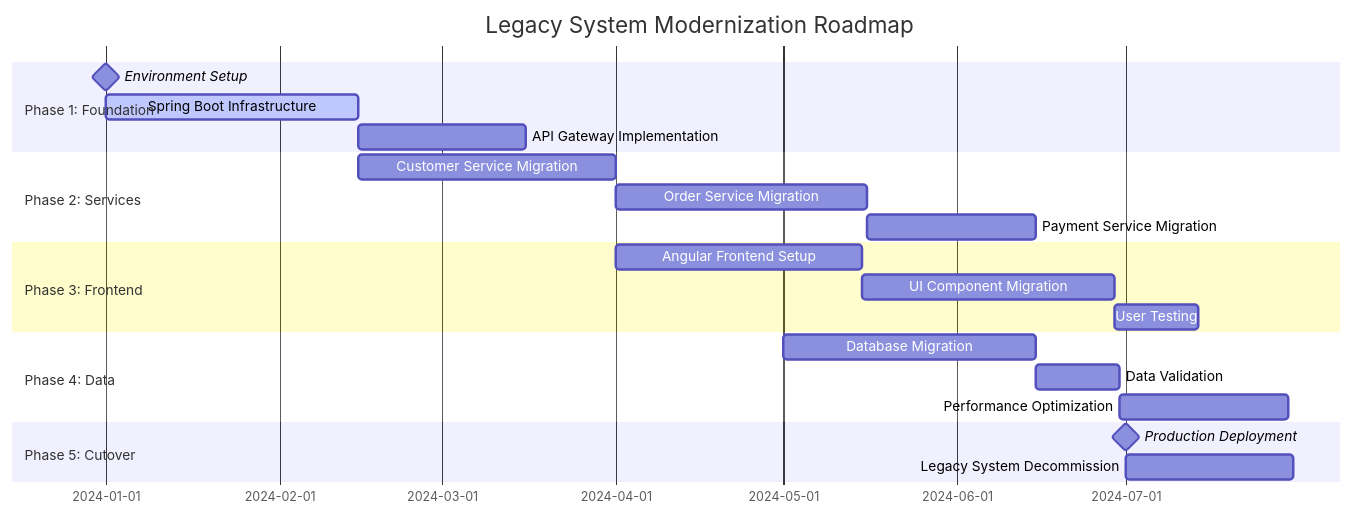
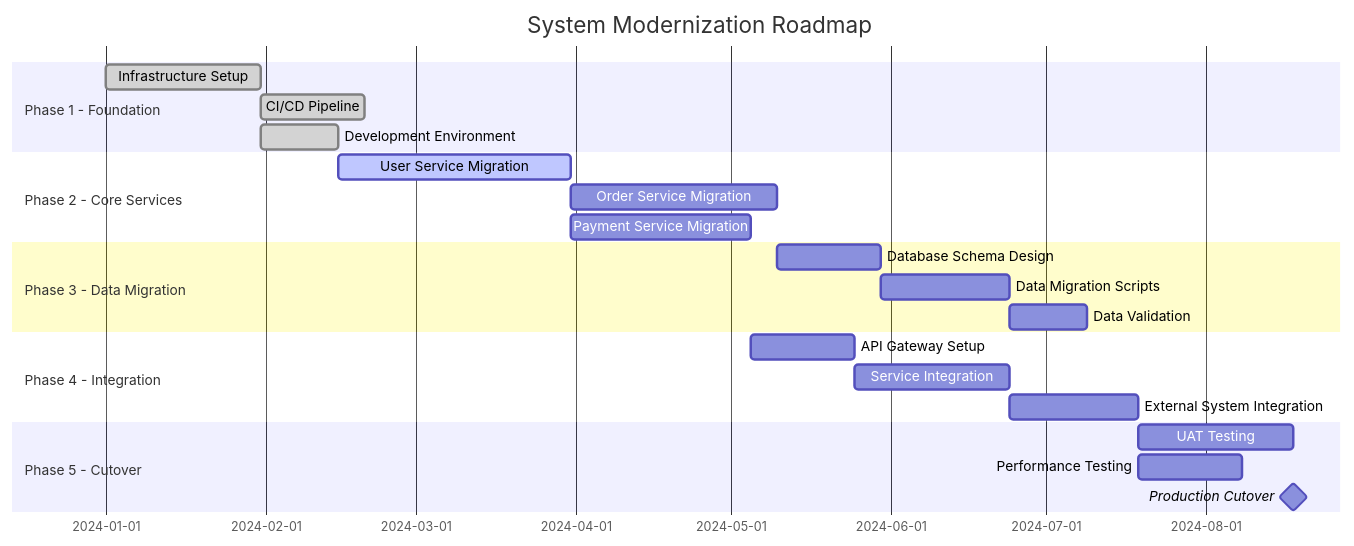
One commit to jpount/doc-diagram-gen changed the fourth of 4 diagrams in .claude/agents/diagram-architect.md. Above: the diagram before and after it, drawn with Mermaid. The commit also changed other lines of this file and 110 other files, not shown here.

````diff
--- a/.claude/agents/diagram-architect.md
+++ b/.claude/agents/diagram-architect.md
@@ -359,28 +266,32 @@
 ```mermaid
+%% Migration Roadmap
+%% Phased modernization timeline
 gantt
-    title Legacy System Modernization Roadmap
-    dateFormat  YYYY-MM-DD
-    section Phase 1: Foundation
-    Environment Setup           :milestone, m1, 2024-01-01, 0d
-    Spring Boot Infrastructure  :active, infra, 2024-01-01, 2024-02-15
-    API Gateway Implementation  :gateway, after infra, 30d
+    title System Modernization Roadmap
+    dateFormat YYYY-MM-DD
     
-    section Phase 2: Services
-    Customer Service Migration  :customer, 2024-02-15, 2024-04-01
-    Order Service Migration     :order, after customer, 45d
-    Payment Service Migration   :payment, after order, 30d
+    section Phase 1 - Foundation
+    Infrastructure Setup :done, p1-1, 2024-01-01, 30d
+    CI/CD Pipeline :done, p1-2, after p1-1, 20d
+    Development Environment :done, p1-3, after p1-1, 15d
     
-    section Phase 3: Frontend
-    Angular Frontend Setup      :frontend, 2024-04-01, 2024-05-15
-    UI Component Migration      :ui-comp, after frontend, 45d
-    User Testing               :testing, after ui-comp, 15d
+    section Phase 2 - Core Services
+    User Service Migration :active, p2-1, 2024-02-15, 45d
+    Order Service Migration :p2-2, after p2-1, 40d
+    Payment Service Migration :p2-3, after p2-1, 35d
     
-    section Phase 4: Data
-    Database Migration         :db-mig, 2024-05-01, 2024-06-15
-    Data Validation           :validation, after db-mig, 15d
-    Performance Optimization   :perf, after validation, 30d
+    section Phase 3 - Data Migration
+    Database Schema Design :p3-1, after p2-2, 20d
+    Data Migration Scripts :p3-2, after p3-1, 25d
+    Data Validation :p3-3, after p3-2, 15d
     
-    section Phase 5: Cutover
-    Production Deployment      :milestone, prod, 2024-07-01, 0d
-    Legacy System Decommission :decomm, after prod, 30d
+    section Phase 4 - Integration
+    API Gateway Setup :p4-1, after p2-3, 20d
+    Service Integration :p4-2, after p4-1, 30d
+    External System Integration :p4-3, after p4-2, 25d
+    
+    section Phase 5 - Cutover
+    UAT Testing :p5-1, after p4-3, 30d
+    Performance Testing :p5-2, after p4-3, 20d
+    Production Cutover :milestone, p5-3, after p5-1, 0d
 ```
````
